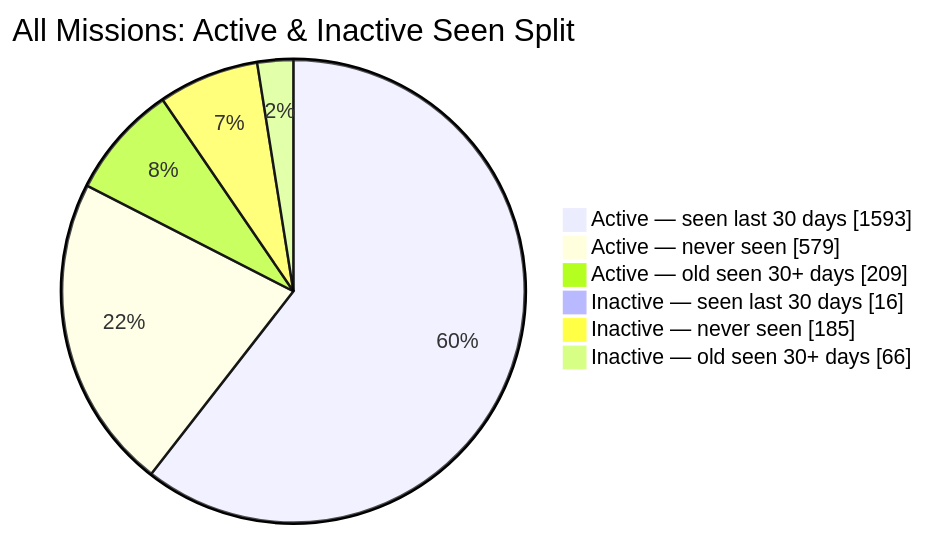
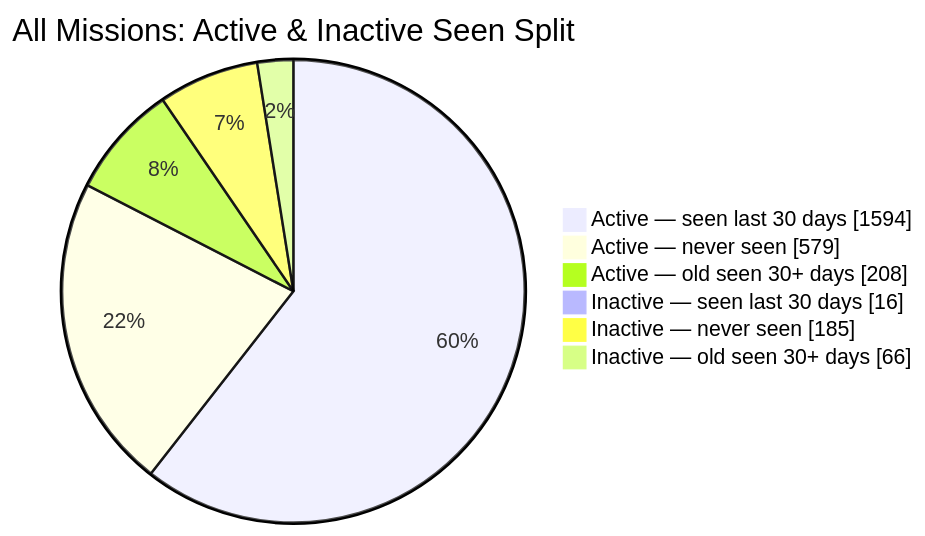
The second of 2 diagrams in README.md (MeldkamerspelGameTeam/active-missions), drawn with Mermaid before and after one commit. The commit also changed other lines of this file and 2 other files, not shown here.

````diff
--- a/README.md
+++ b/README.md
@@ -44,10 +44,10 @@
 ```mermaid
 pie showData
     title All Missions: Active & Inactive Seen Split
-    "Active — seen last 30 days" : 1593
+    "Active — seen last 30 days" : 1594
     "Active — never seen" : 579
-    "Active — old seen 30+ days" : 209
+    "Active — old seen 30+ days" : 208
     "Inactive — seen last 30 days" : 16
     "Inactive — never seen" : 185
     "Inactive — old seen 30+ days" : 66
 ```
````
